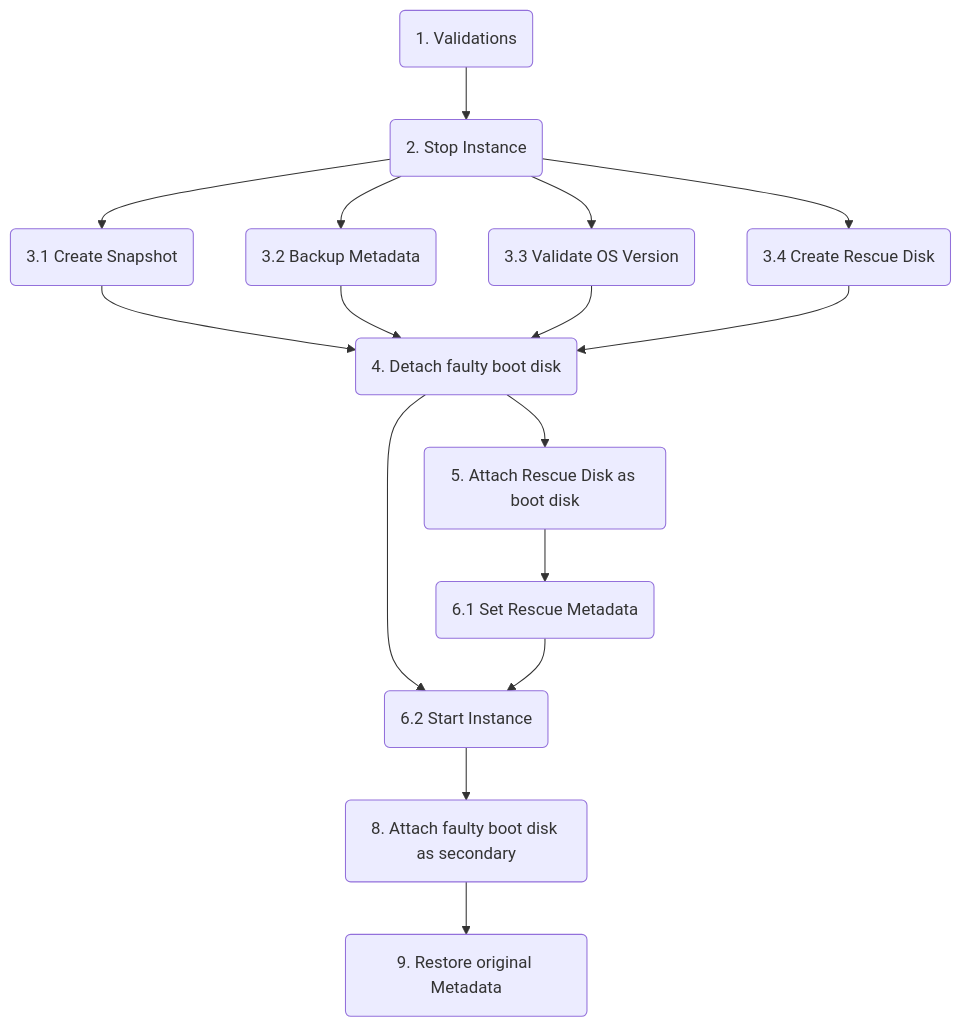
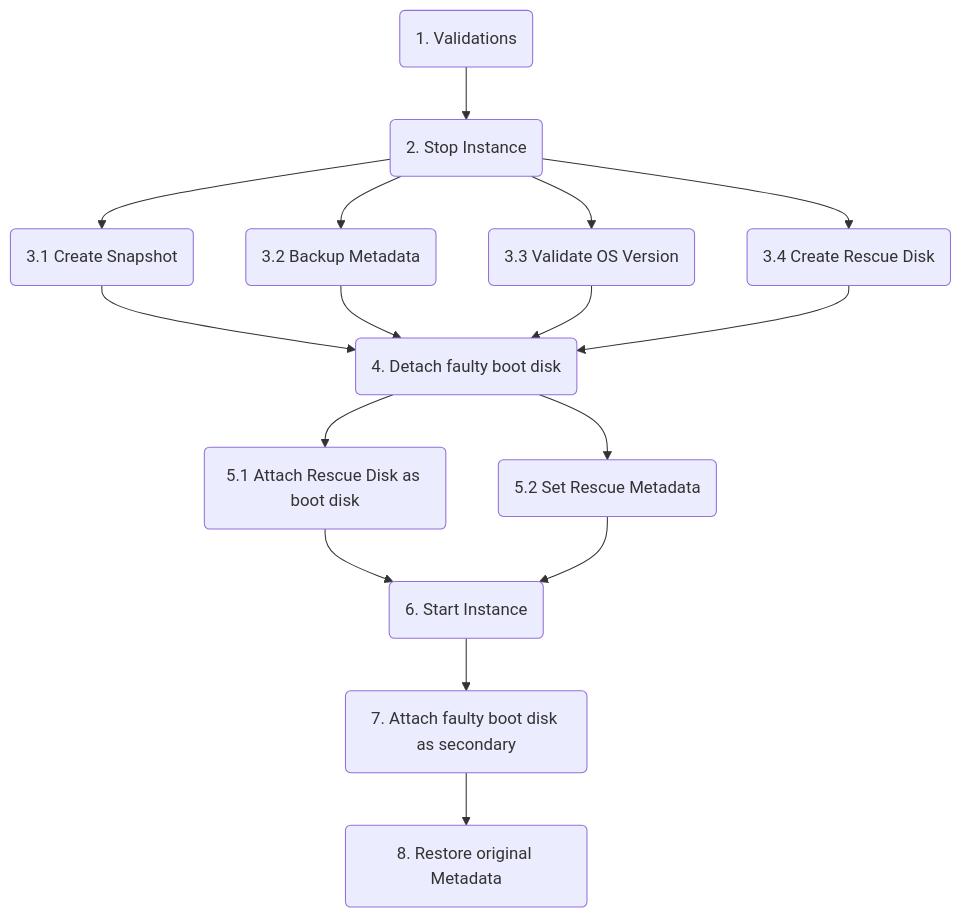
The diagram in README.md (google/gce-rescue), drawn with Mermaid before and after one commit. The commit also changed other lines of this file, not shown here.

Commit message:
Correcting concurrent tasks.

````diff
--- a/README.md
+++ b/README.md
@@ -10,20 +10,20 @@
 ```mermaid
 graph TD;
     A(1. Validations) --> B
     B(2. Stop Instance) --> C
     B(2. Stop Instance) --> D
     B(2. Stop Instance) --> E
     B(2. Stop Instance) --> F
     C(3.1 Create Snapshot) --> G
     D(3.2 Backup Metadata) --> G
     E(3.3 Validate OS Version) --> G
     F(3.4 Create Rescue Disk) --> G
     G(4. Detach faulty boot disk) --> H
-    G(4. Detach faulty boot disk) --> J
-    H(5. Attach Rescue Disk as boot disk) --> I
-    I(6.1 Set Rescue Metadata) --> J
-    J(6.2 Start Instance) --> L
-    L(8. Attach faulty boot disk as secondary) -->M
-    M(9. Restore original Metadata)
+    G(4. Detach faulty boot disk) --> I
+    H(5.1 Attach Rescue Disk as boot disk) --> J
+    I(5.2 Set Rescue Metadata) --> J
+    J(6. Start Instance) --> L
+    L(7. Attach faulty boot disk as secondary) -->M
+    M(8. Restore original Metadata)
 
 ```
````
